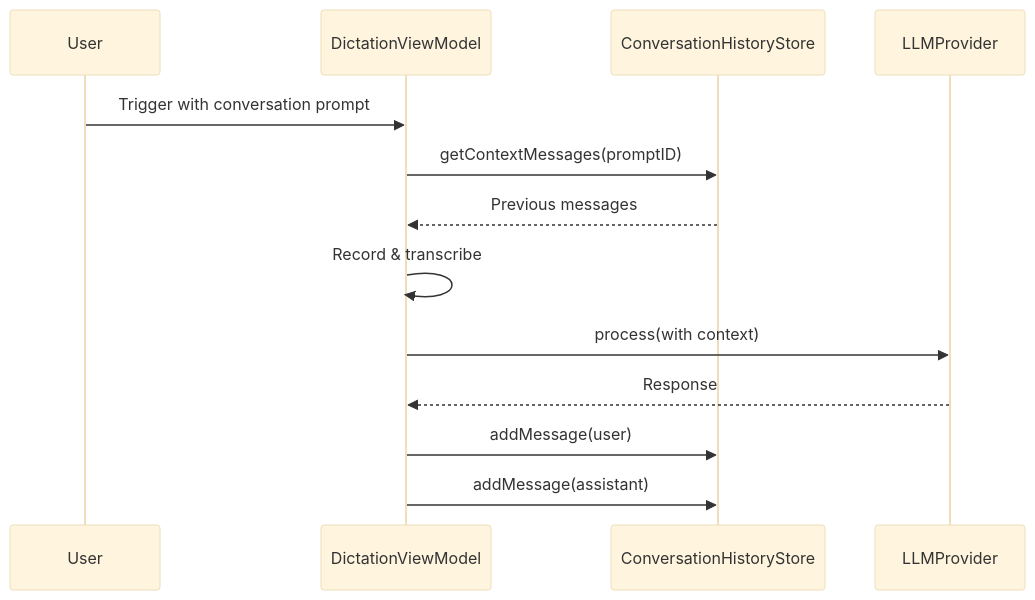
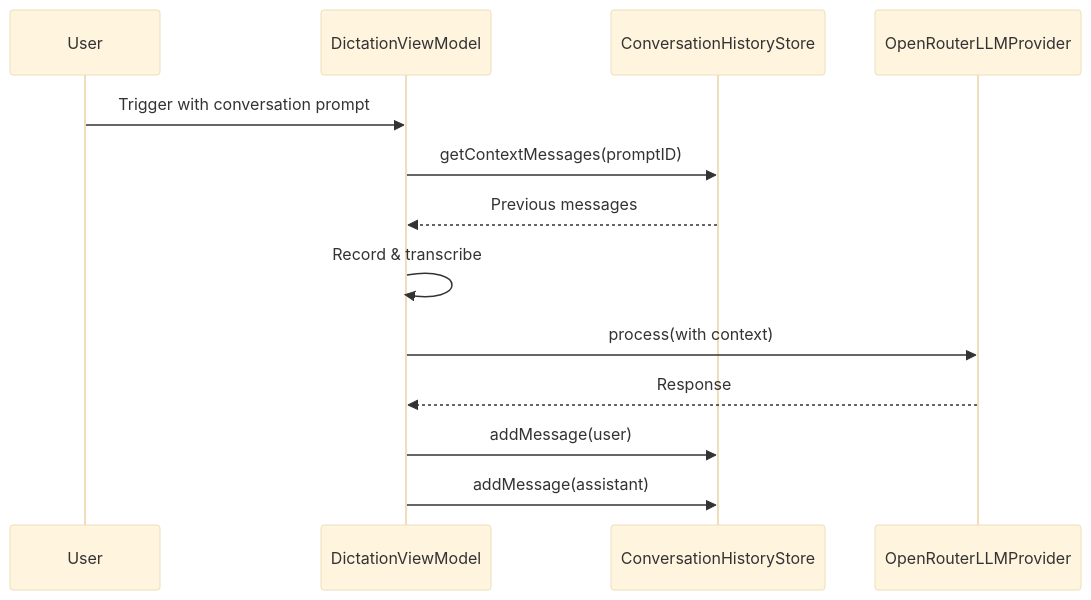
One commit to dkapo88/WonderWhisper-macOS changed diagram 12 of 13 in datamodel.md. Above: the diagram before and after it, drawn with Mermaid (base theme). The commit also changed other lines of this file and 27 other files, not shown here.

````diff
--- a/datamodel.md
+++ b/datamodel.md
@@ -795,18 +781,18 @@
 ```mermaid
 sequenceDiagram
     participant User
     participant DictationViewModel
     participant ConversationHistoryStore
-    participant LLMProvider
+    participant OpenRouterLLMProvider
     
     User->>DictationViewModel: Trigger with conversation prompt
     DictationViewModel->>ConversationHistoryStore: getContextMessages(promptID)
     ConversationHistoryStore-->>DictationViewModel: Previous messages
     
     DictationViewModel->>DictationViewModel: Record & transcribe
-    DictationViewModel->>LLMProvider: process(with context)
-    LLMProvider-->>DictationViewModel: Response
+    DictationViewModel->>OpenRouterLLMProvider: process(with context)
+    OpenRouterLLMProvider-->>DictationViewModel: Response
     
     DictationViewModel->>ConversationHistoryStore: addMessage(user)
     DictationViewModel->>ConversationHistoryStore: addMessage(assistant)
 ```
````
